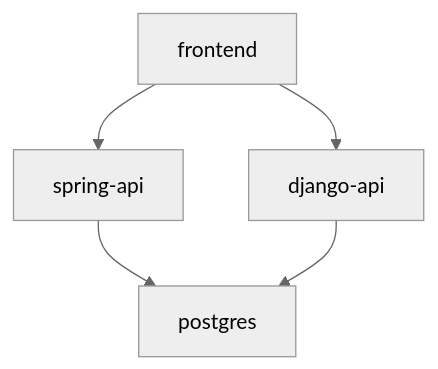
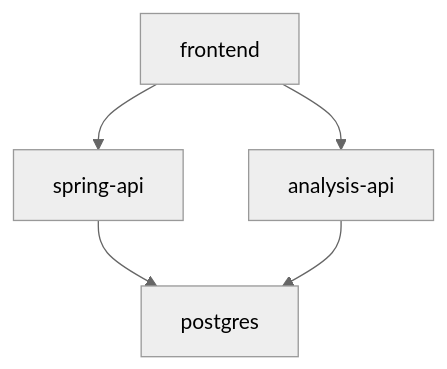
One commit to hanyeong0815/daipetto changed the second of 8 diagrams in docs/04_System_Architecture 362d097bd4f780b6b4d2c28d4ae357a1.md. Above: the diagram before and after it, drawn with Mermaid (neutral theme). The commit also changed other lines of this file and 69 other files, not shown here.

First line of the commit message:
feat(analysis): FastAPI analysis API behind a Spring relay

````diff
--- a/docs/04_System_Architecture 362d097bd4f780b6b4d2c28d4ae357a1.md
+++ b/docs/04_System_Architecture 362d097bd4f780b6b4d2c28d4ae357a1.md
@@ -225,19 +227,19 @@
 ```mermaid
 graph TB
 
 	F["frontend"]
 
 	S["spring-api"]
 
-	D["django-api"]
+	D["analysis-api"]
 
 	P["postgres"]
 
 	F --> S
 
 	F --> D
 
 	S --> P
 
 	D --> P
 ```
````
